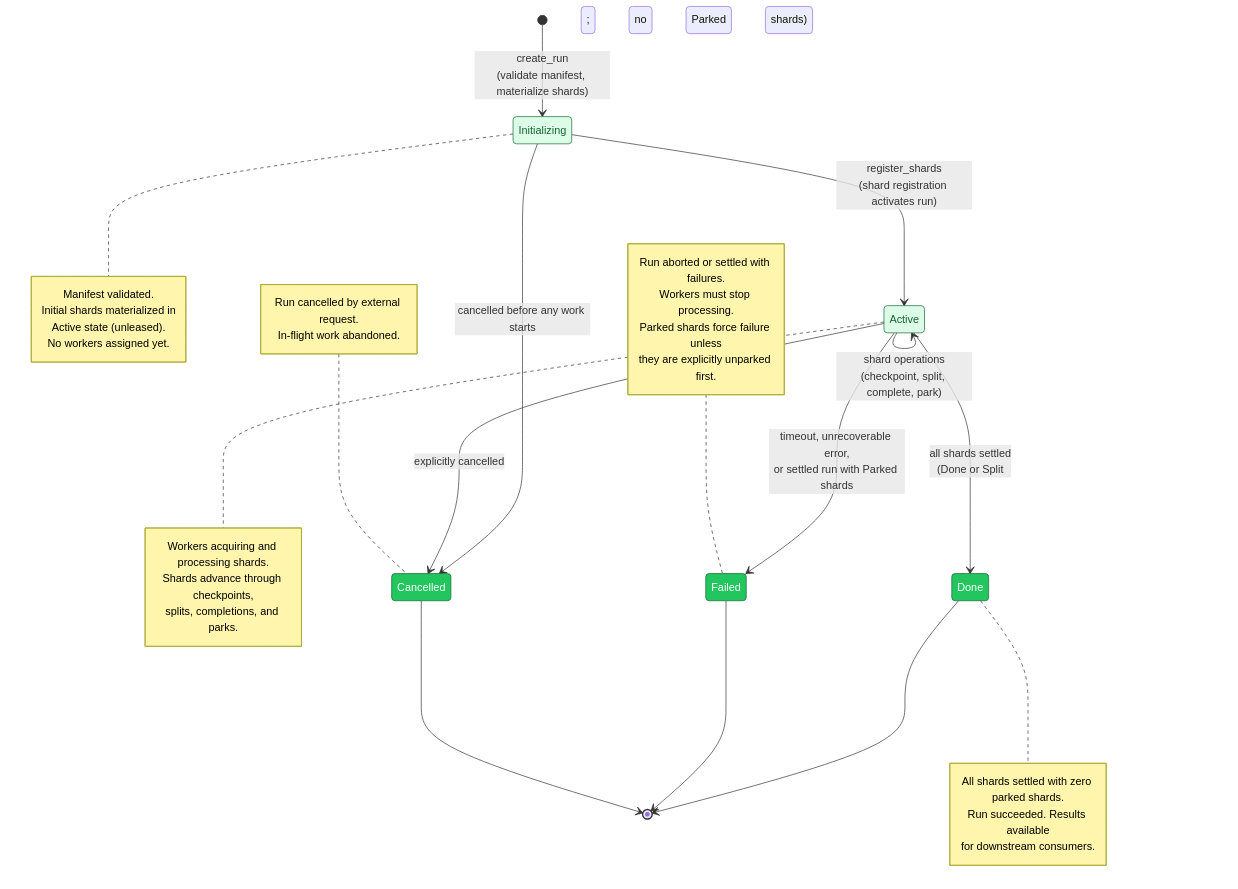
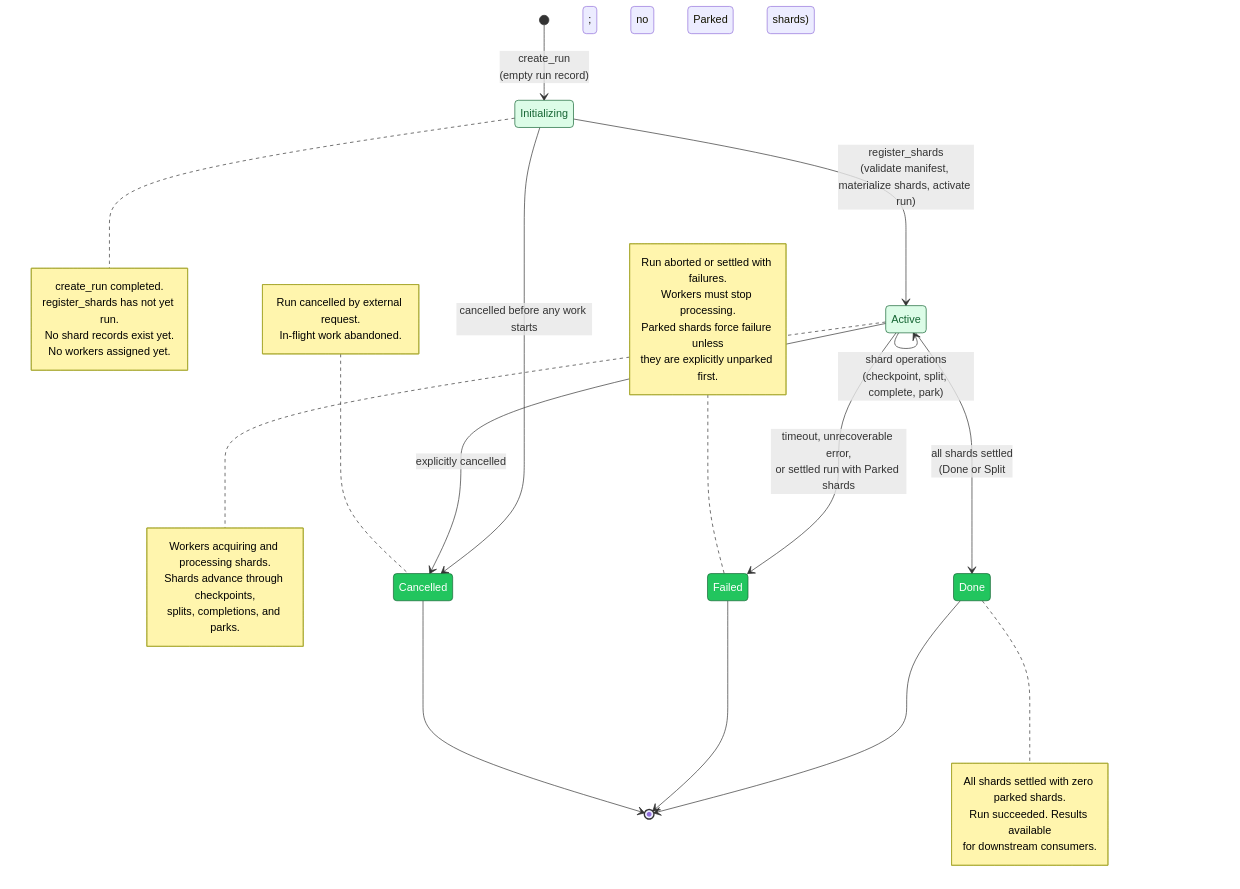
The second of 4 diagrams in diagrams/05-shard-and-run-state-machines.md (ahrav/Gossip-rs), drawn with Mermaid before and after one commit. The commit also changed other lines of this file and 3 other files, not shown here.

````diff
--- a/diagrams/05-shard-and-run-state-machines.md
+++ b/diagrams/05-shard-and-run-state-machines.md
@@ -113,57 +114,57 @@
 ```mermaid
 %% Diagram: run-state-machine
 stateDiagram-v2
     direction TB
 
-    [*] --> Initializing : create_run<br/>(validate manifest, materialize shards)
+    [*] --> Initializing : create_run<br/>(empty run record)
 
-    Initializing --> Active : register_shards<br/>(shard registration activates run)
+    Initializing --> Active : register_shards<br/>(validate manifest, materialize shards, activate run)
     Initializing --> Cancelled : cancelled before any work starts
     Active --> Active : shard operations<br/>(checkpoint, split, complete, park)
     Active --> Done : all shards settled<br/>(Done or Split; no Parked shards)
     Active --> Failed : timeout, unrecoverable error,<br/>or settled run with Parked shards
     Active --> Cancelled : explicitly cancelled
 
     Done --> [*]
     Failed --> [*]
     Cancelled --> [*]
 
     note right of Initializing
-        Manifest validated.
-        Initial shards materialized in
-        Active state (unleased).
+        create_run completed.
+        register_shards has not yet run.
+        No shard records exist yet.
         No workers assigned yet.
     end note
 
     note right of Active
         Workers acquiring and processing shards.
         Shards advance through checkpoints,
         splits, completions, and parks.
     end note
 
     note right of Done
         All shards settled with zero parked shards.
         Run succeeded. Results available
         for downstream consumers.
     end note
 
     note left of Failed
         Run aborted or settled with failures.
         Workers must stop processing.
         Parked shards force failure unless
         they are explicitly unparked first.
     end note
 
     note left of Cancelled
         Run cancelled by external request.
         In-flight work abandoned.
     end note
 
     classDef initState fill:#DCFCE7,stroke:#166534,color:#166534
     classDef activeState fill:#DCFCE7,stroke:#166534,color:#166534
     classDef terminalState fill:#22C55E,stroke:#166534,color:#FFFFFF
 
     class Initializing initState
     class Active activeState
     class Done,Failed,Cancelled terminalState
 ```
````
